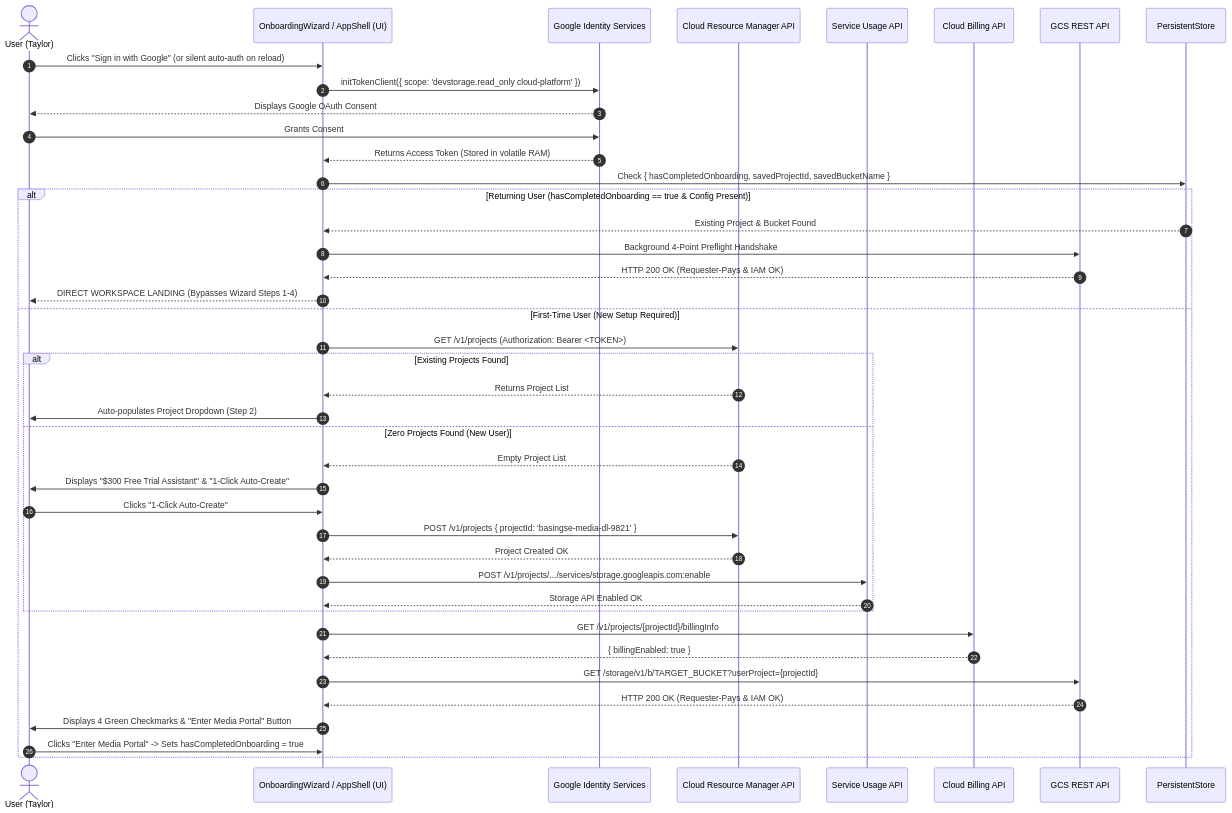
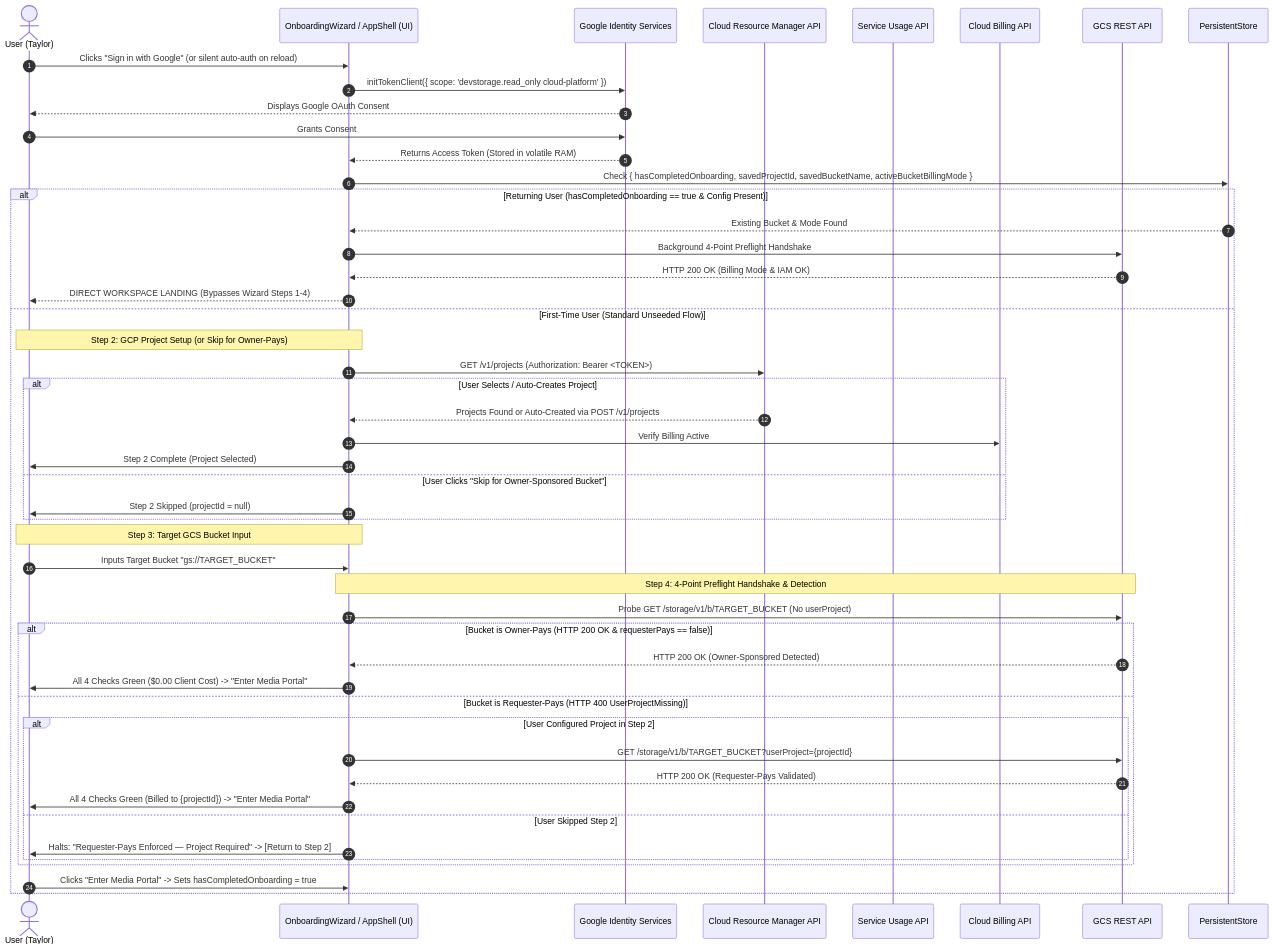
Before and after one commit to NovaLogicDev/FilesOfBaSingSe: the second of 2 diagrams in docs/requirements/module_1_auth_onboarding_design_and_requirements.md, drawn with Mermaid. The commit also changed other lines of this file and 20 other files, not shown here.

First line of the commit message:
docs: add dual billing mode & owner-pays bucket consumption requirements (MOD-13)

````diff
--- a/docs/requirements/module_1_auth_onboarding_design_and_requirements.md
+++ b/docs/requirements/module_1_auth_onboarding_design_and_requirements.md
@@ -56,48 +59,55 @@
 ```mermaid
 sequenceDiagram
     autonumber
     actor Client as User (Taylor)
     participant UI as OnboardingWizard / AppShell (UI)
     participant GIS as Google Identity Services
     participant CRM as Cloud Resource Manager API
     participant SU as Service Usage API
     participant CB as Cloud Billing API
     participant GCS as GCS REST API
     participant PStore as PersistentStore
 
     Client->>UI: Clicks "Sign in with Google" (or silent auto-auth on reload)
     UI->>GIS: initTokenClient({ scope: 'devstorage.read_only cloud-platform' })
     GIS-->>Client: Displays Google OAuth Consent
     Client->>GIS: Grants Consent
     GIS-->>UI: Returns Access Token (Stored in volatile RAM)
 
-    UI->>PStore: Check { hasCompletedOnboarding, savedProjectId, savedBucketName }
+    UI->>PStore: Check { hasCompletedOnboarding, savedProjectId, savedBucketName, activeBucketBillingMode }
     alt Returning User (hasCompletedOnboarding == true & Config Present)
-        PStore-->>UI: Existing Project & Bucket Found
+        PStore-->>UI: Existing Bucket & Mode Found
         UI->>GCS: Background 4-Point Preflight Handshake
-        GCS-->>UI: HTTP 200 OK (Requester-Pays & IAM OK)
+        GCS-->>UI: HTTP 200 OK (Billing Mode & IAM OK)
         UI-->>Client: DIRECT WORKSPACE LANDING (Bypasses Wizard Steps 1-4)
-    else First-Time User (New Setup Required)
+    else First-Time User (Standard Unseeded Flow)
+        Note over UI,Client: Step 2: GCP Project Setup (or Skip for Owner-Pays)
         UI->>CRM: GET /v1/projects (Authorization: Bearer <TOKEN>)
-        alt Existing Projects Found
-            CRM-->>UI: Returns Project List
-            UI->>Client: Auto-populates Project Dropdown (Step 2)
-        else Zero Projects Found (New User)
-            CRM-->>UI: Empty Project List
-            UI->>Client: Displays "$300 Free Trial Assistant" & "1-Click Auto-Create"
-            Client->>UI: Clicks "1-Click Auto-Create"
-            UI->>CRM: POST /v1/projects { projectId: 'basingse-media-dl-9821' }
-            CRM-->>UI: Project Created OK
-            UI->>SU: POST /v1/projects/.../services/storage.googleapis.com:enable
-            SU-->>UI: Storage API Enabled OK
+        alt User Selects / Auto-Creates Project
+            CRM-->>UI: Projects Found or Auto-Created via POST /v1/projects
+            UI->>CB: Verify Billing Active
+            UI->>Client: Step 2 Complete (Project Selected)
+        else User Clicks "Skip for Owner-Sponsored Bucket"
+            UI->>Client: Step 2 Skipped (projectId = null)
         end
 
-        UI->>CB: GET /v1/projects/{projectId}/billingInfo
-        CB-->>UI: { billingEnabled: true }
+        Note over UI,Client: Step 3: Target GCS Bucket Input
+        Client->>UI: Inputs Target Bucket "gs://TARGET_BUCKET"
 
-        UI->>GCS: GET /storage/v1/b/TARGET_BUCKET?userProject={projectId}
-        GCS-->>UI: HTTP 200 OK (Requester-Pays & IAM OK)
-        UI->>Client: Displays 4 Green Checkmarks & "Enter Media Portal" Button
+        Note over UI,GCS: Step 4: 4-Point Preflight Handshake & Detection
+        UI->>GCS: Probe GET /storage/v1/b/TARGET_BUCKET (No userProject)
+        alt Bucket is Owner-Pays (HTTP 200 OK & requesterPays == false)
+            GCS-->>UI: HTTP 200 OK (Owner-Sponsored Detected)
+            UI->>Client: All 4 Checks Green ($0.00 Client Cost) -> "Enter Media Portal"
+        else Bucket is Requester-Pays (HTTP 400 UserProjectMissing)
+            alt User Configured Project in Step 2
+                UI->>GCS: GET /storage/v1/b/TARGET_BUCKET?userProject={projectId}
+                GCS-->>UI: HTTP 200 OK (Requester-Pays Validated)
+                UI->>Client: All 4 Checks Green (Billed to {projectId}) -> "Enter Media Portal"
+            else User Skipped Step 2
+                UI->>Client: Halts: "Requester-Pays Enforced — Project Required" -> [Return to Step 2]
+            end
+        end
         Client->>UI: Clicks "Enter Media Portal" -> Sets hasCompletedOnboarding = true
     end
 ```
````
